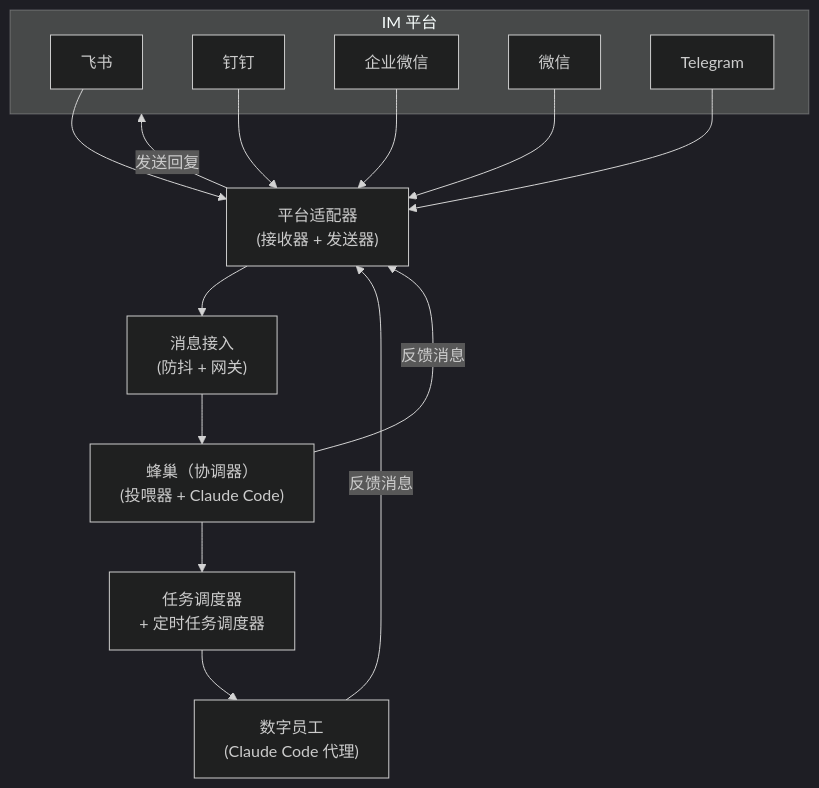
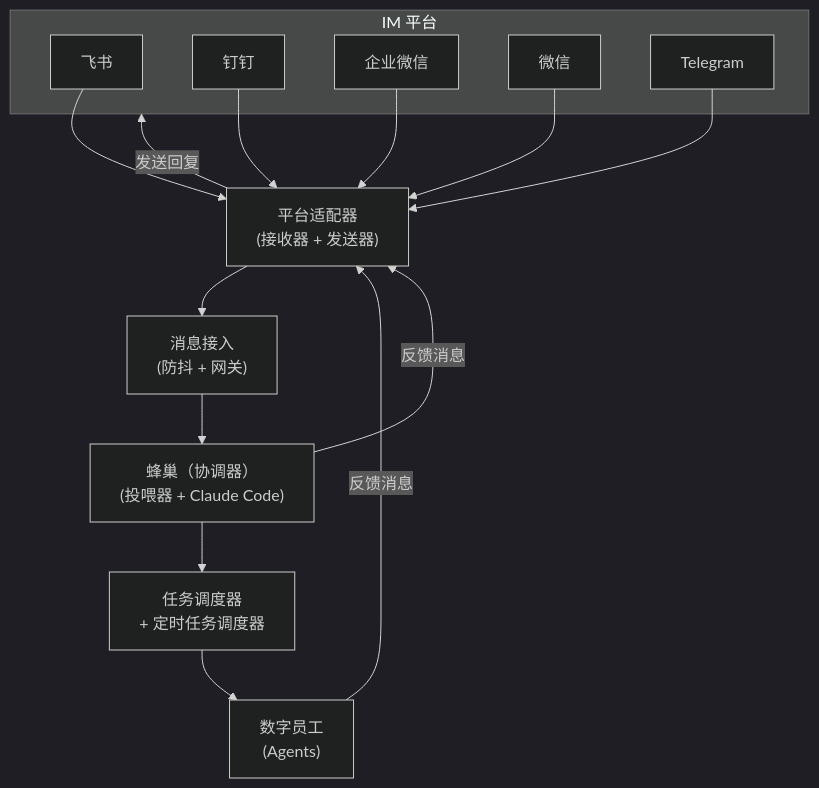
The diagram in content/docs/developer/architecture.cn.mdx (theopenbee/docs), drawn with Mermaid (dark theme) before and after one commit. The commit also changed 4 other files, not shown here.

Commit message:
docs: replace "Claude Code" with "Agents" in branding and diagram labels

````diff
--- a/content/docs/developer/architecture.cn.mdx
+++ b/content/docs/developer/architecture.cn.mdx
@@ -12,29 +12,29 @@
 ```mermaid
 graph TD
     subgraph IM["IM 平台"]
         Feishu["飞书"]
         DingTalk["钉钉"]
         WeCom["企业微信"]
         WeChat["微信"]
         Telegram["Telegram"]
     end
 
     Feishu & DingTalk & WeCom & WeChat & Telegram --> Adapters
 
     Adapters["平台适配器\n(接收器 + 发送器)"]
     Adapters --> Ingestion
     Adapters -->|发送回复| IM
 
     Ingestion["消息接入\n(防抖 + 网关)"]
     Ingestion --> Bee
 
     Bee["蜂巢（协调器）\n(投喂器 + Claude Code)"]
     Bee --> Dispatcher
     Bee -->|反馈消息| Adapters
 
     Dispatcher["任务调度器\n+ 定时任务调度器"]
     Dispatcher --> Workers
 
-    Workers["数字员工\n(Claude Code 代理)"]
+    Workers["数字员工\n(Agents)"]
     Workers -->|反馈消息| Adapters
 ```
````
